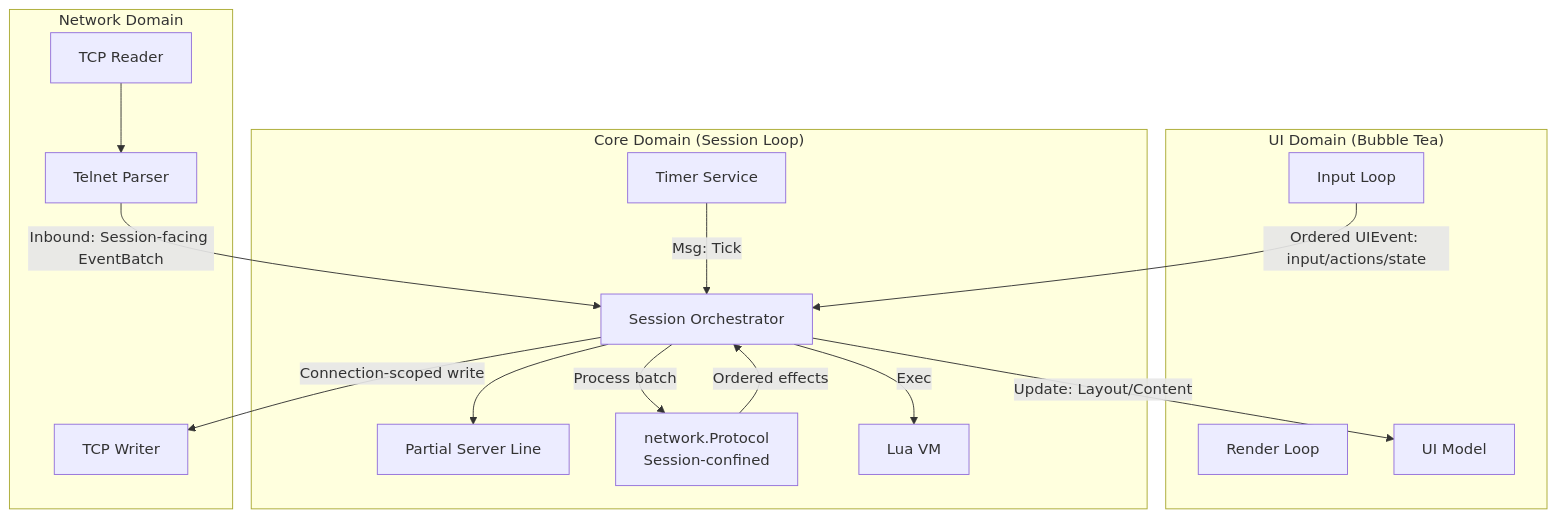
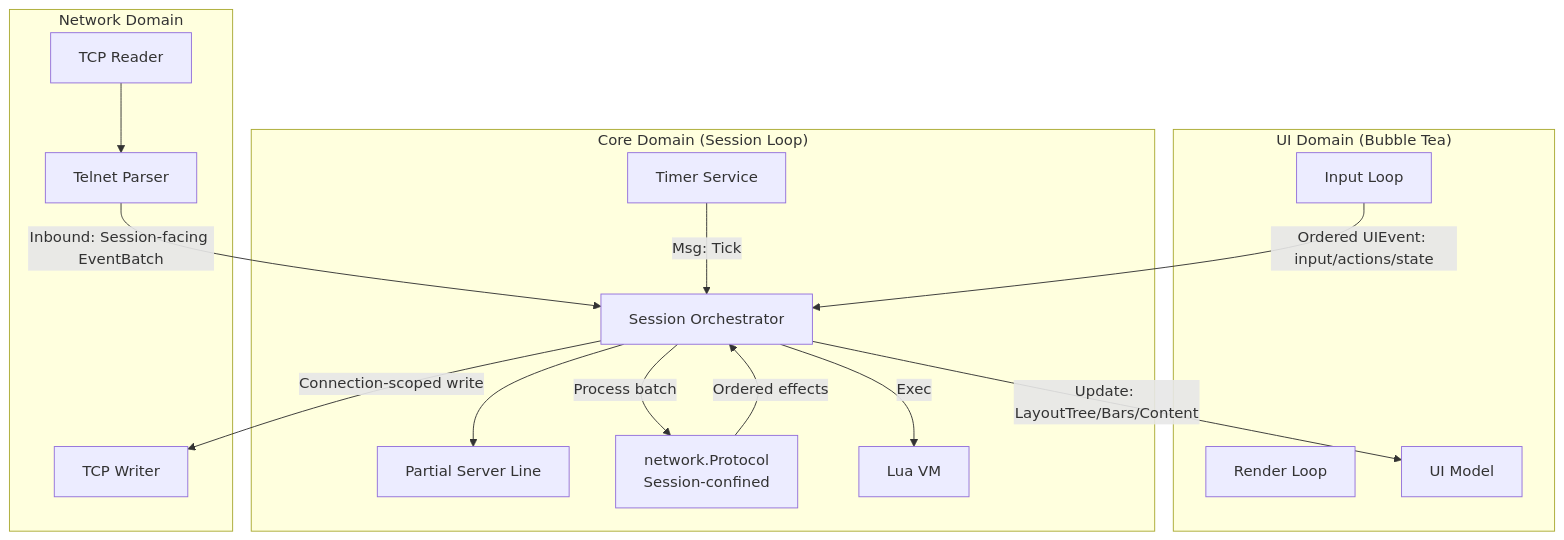
The diagram in docs/architecture.md (mmcdole/rune), drawn with Mermaid before and after one commit. The commit also changed other lines of this file and 60 other files, not shown here.

First line of the commit message:
feat: add tree-based layout system

````diff
--- a/docs/architecture.md
+++ b/docs/architecture.md
@@ -21,35 +21,35 @@
 ```mermaid
 graph TD
     subgraph "UI Domain (Bubble Tea)"
         Input[Input Loop]
         Render[Render Loop]
         Model[UI Model]
     end
 
     subgraph "Core Domain (Session Loop)"
         Session[Session Orchestrator]
         PartialLine[Partial Server Line]
         Protocol[network.Protocol<br/>Session-confined]
         Lua[Lua VM]
         Timer[Timer Service]
     end
 
     subgraph "Network Domain"
         NetRead[TCP Reader]
         NetWrite[TCP Writer]
         Parser[Telnet Parser]
     end
 
     %% Data Flow
     Input -->|Ordered UIEvent: input/actions/state| Session
     NetRead --> Parser
     Parser -->|Inbound: Session-facing EventBatch| Session
     Timer -->|Msg: Tick| Session
 
     Session -->|Process batch| Protocol
     Protocol -->|Ordered effects| Session
     Session --> PartialLine
-    Session -->|Update: Layout/Content| Model
+    Session -->|Update: LayoutTree/Bars/Content| Model
     Session -->|Connection-scoped write| NetWrite
     Session -->|Exec| Lua
 ```
````
